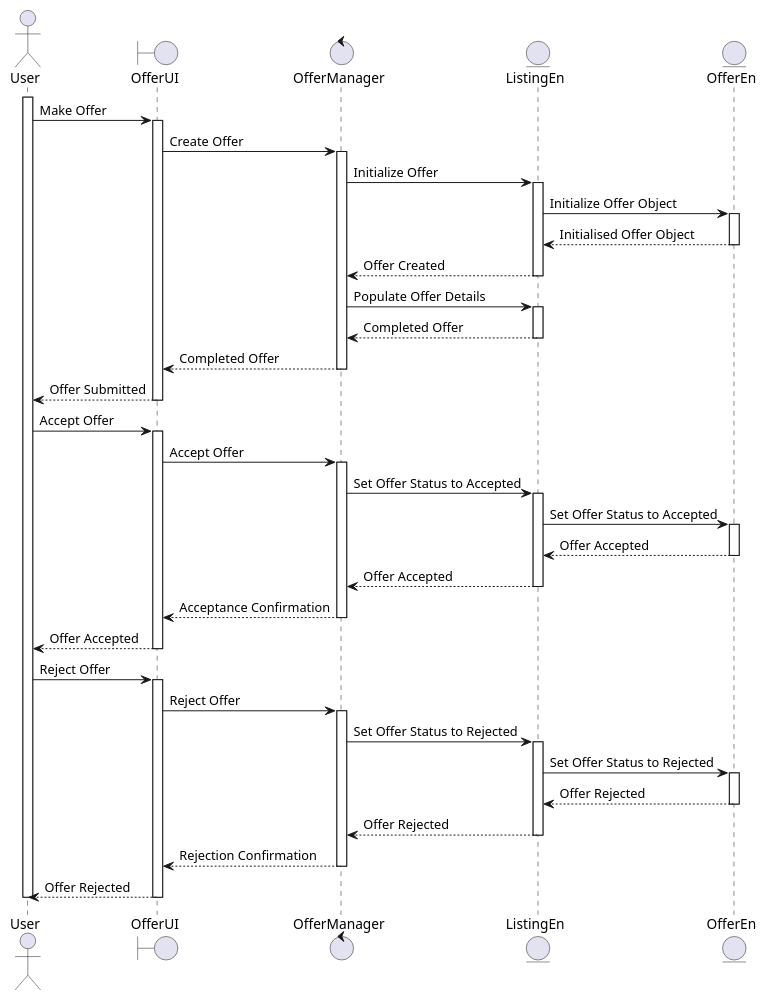
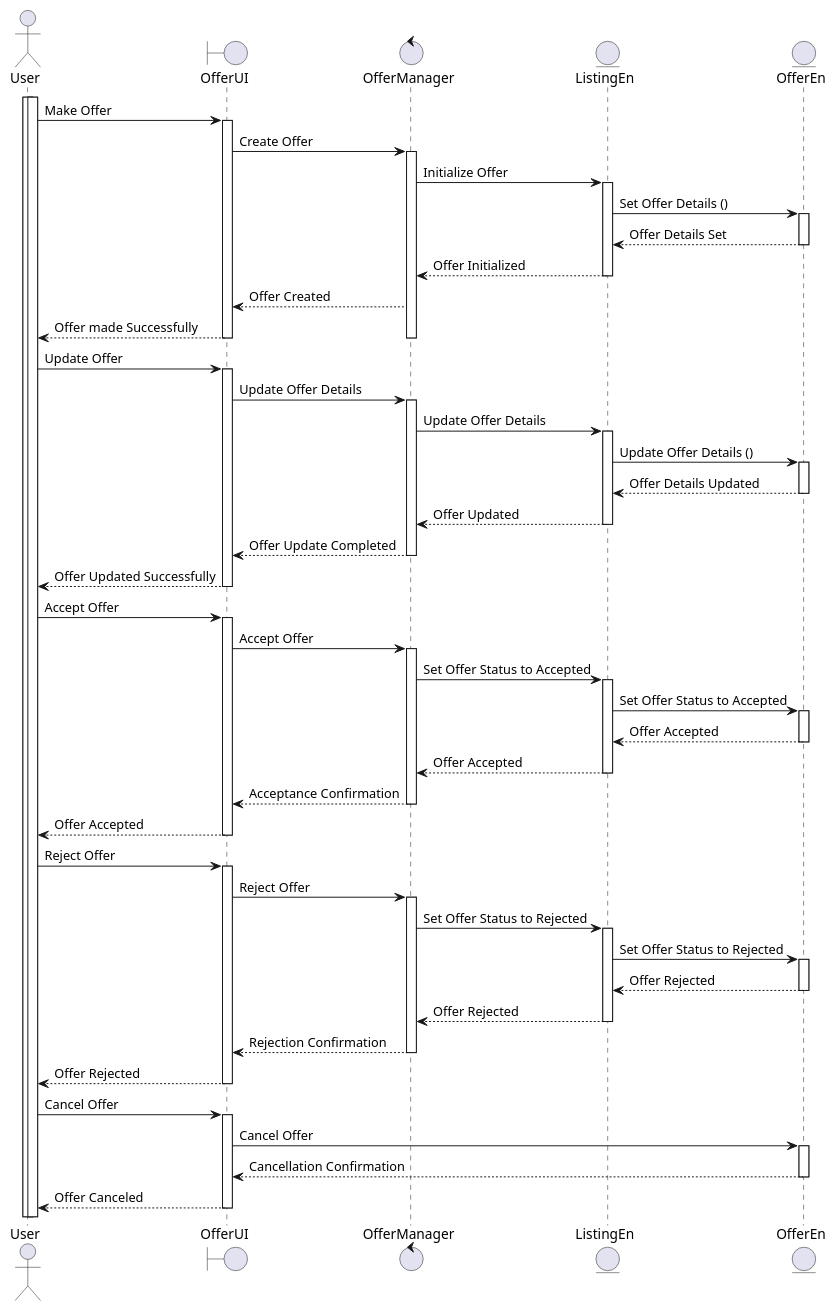
One commit to KuaLiMin/ShopBlock changed the diagram in lab2/plantuml/offer.plantuml. Above: the diagram before and after it, drawn with PlantUML.

Commit message:
initiated offer.plantuml

```diff
--- a/lab2/plantuml/offer.plantuml
+++ b/lab2/plantuml/offer.plantuml
@@ -1,78 +1,117 @@
 @startuml
 actor User as U
 boundary OfferUI as OUI
 control OfferManager as OM
 entity ListingEn as L
 entity OfferEn as O
 
+activate U
+
+' User making an offer
+actor User as U
+boundary OfferUI as OUI
+control OfferManager as OM
+entity ListingEn as L
+entity OfferEn as O
+
+' Activate User
 activate U
 
 ' User making an offer
 U -> OUI : Make Offer
 activate OUI
 
 OUI -> OM : Create Offer
 activate OM
 OM -> L : Initialize Offer
 activate L
 
-L -> O : Initialize Offer Object
+' Set initial offer details
+L -> O : Set Offer Details ()
 activate O
-O --> L : Initialised Offer Object
+O --> L : Offer Details Set
 deactivate O
 
-L --> OM : Offer Created
+L --> OM : Offer Initialized
 deactivate L
-OM -> L : Populate Offer Details
+
+OM --> OUI : Offer Created
+
+OUI --> U : Offer made Successfully
+deactivate OM
+deactivate OUI
+
+' User updating offer details
+U -> OUI : Update Offer
+activate OUI
+
+OUI -> OM : Update Offer Details
+activate OM
+OM -> L : Update Offer Details
 activate L
-L --> OM : Completed Offer
+
+L -> O : Update Offer Details ()
+activate O
+O --> L : Offer Details Updated
+deactivate O
+
+L --> OM : Offer Updated
 deactivate L
-OM --> OUI : Completed Offer
+
+OM --> OUI : Offer Update Completed
 deactivate OM
-OUI --> U : Offer Submitted
+OUI --> U : Offer Updated Successfully
 deactivate OUI
 
 ' User accepting an offer
 U -> OUI : Accept Offer
 activate OUI
 OUI -> OM : Accept Offer
 activate OM
 OM -> L : Set Offer Status to Accepted
 activate L
 
 L -> O : Set Offer Status to Accepted
 activate O
 O --> L : Offer Accepted
 deactivate O
 
 L --> OM : Offer Accepted
 deactivate L
 OM --> OUI : Acceptance Confirmation
 deactivate OM
 OUI --> U : Offer Accepted
 deactivate OUI
 
 ' User rejecting an offer
 U -> OUI : Reject Offer
 activate OUI
 OUI -> OM : Reject Offer
 activate OM
 OM -> L : Set Offer Status to Rejected
 activate L
 
 L -> O : Set Offer Status to Rejected
 activate O
 O --> L : Offer Rejected
 deactivate O
 
-
 L --> OM : Offer Rejected
 deactivate L
 OM --> OUI : Rejection Confirmation
 deactivate OM
 OUI --> U : Offer Rejected
 deactivate OUI
 
-deactivate U
+' User canceling an offer
+U -> OUI : Cancel Offer
+activate OUI
+OUI -> O : Cancel Offer
+activate O
+O --> OUI : Cancellation Confirmation
+deactivate O
+OUI --> U : Offer Canceled
+deactivate OUI
+
 
 @enduml
```
